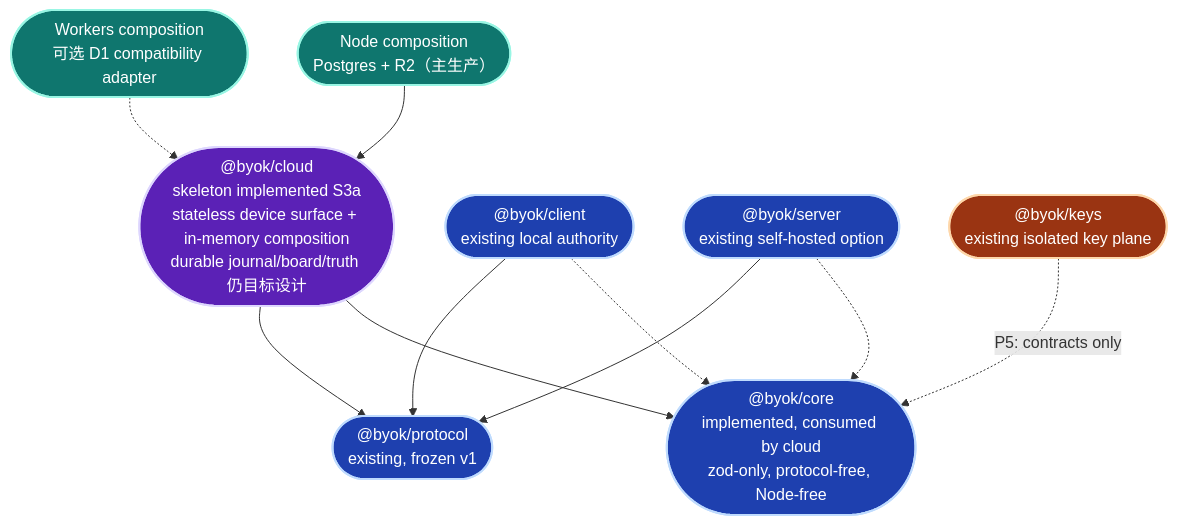
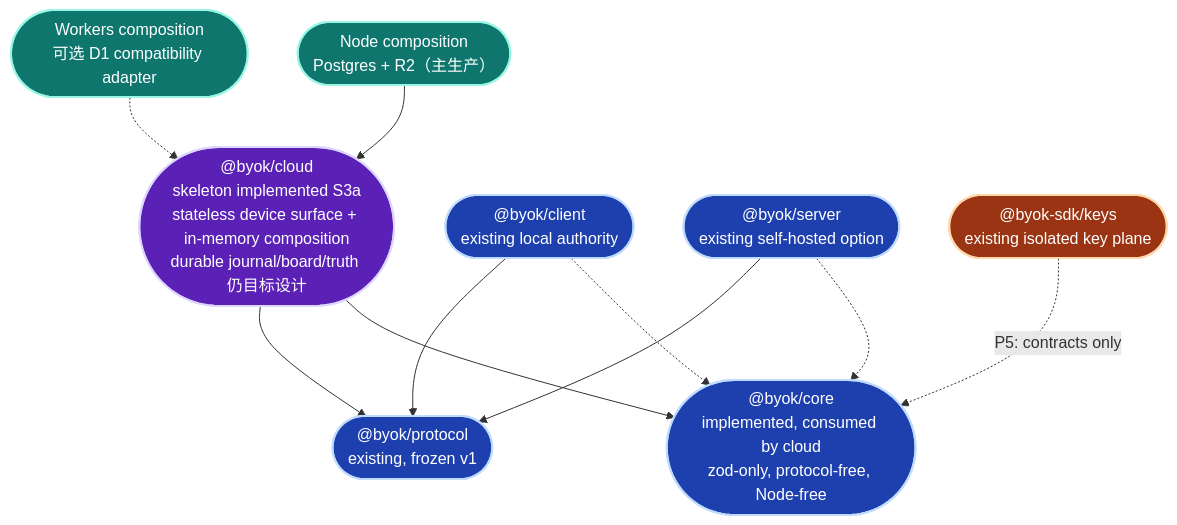
Diagram 16 of 23 in docs/architecture/sdk-architecture.md (Ancienttwo/byok-sdk), drawn with Mermaid before and after one commit. The commit also changed other lines of this file and 16 other files, not shown here.

Commit message:
fix(keys): publish under @byok-sdk scope (#30)

````diff
--- a/docs/architecture/sdk-architecture.md
+++ b/docs/architecture/sdk-architecture.md
@@ -933,26 +933,26 @@
 ```mermaid
 flowchart TB
   classDef existing fill:#1e40af,stroke:#bfdbfe,stroke-width:2px,color:#fff
   classDef planned fill:#5b21b6,stroke:#ddd6fe,stroke-width:2px,color:#fff
   classDef isolated fill:#9a3412,stroke:#fed7aa,stroke-width:2px,color:#fff
   classDef deploy fill:#0f766e,stroke:#99f6e4,stroke-width:2px,color:#fff
 
   Protocol(["@byok/protocol<br/>existing, frozen v1"]):::existing
   Core(["@byok/core<br/>implemented, consumed by cloud<br/>zod-only, protocol-free, Node-free"]):::existing
   Cloud(["@byok/cloud<br/>skeleton implemented S3a<br/>stateless device surface + in-memory composition<br/>durable journal/board/truth 仍目标设计"]):::planned
   Client(["@byok/client<br/>existing local authority"]):::existing
   Server(["@byok/server<br/>existing self-hosted option"]):::existing
-  Keys(["@byok/keys<br/>existing isolated key plane"]):::isolated
+  Keys(["@byok-sdk/keys<br/>existing isolated key plane"]):::isolated
   Node(["Node composition<br/>Postgres + R2（主生产）"]):::deploy
   Workers(["Workers composition<br/>可选 D1 compatibility adapter"]):::deploy
 
   Cloud --> Core
   Cloud --> Protocol
   Client -.-> Core
   Client --> Protocol
   Server -.-> Core
   Server --> Protocol
   Keys -.->|"P5: contracts only"| Core
   Node --> Cloud
   Workers -.-> Cloud
 ```
````
